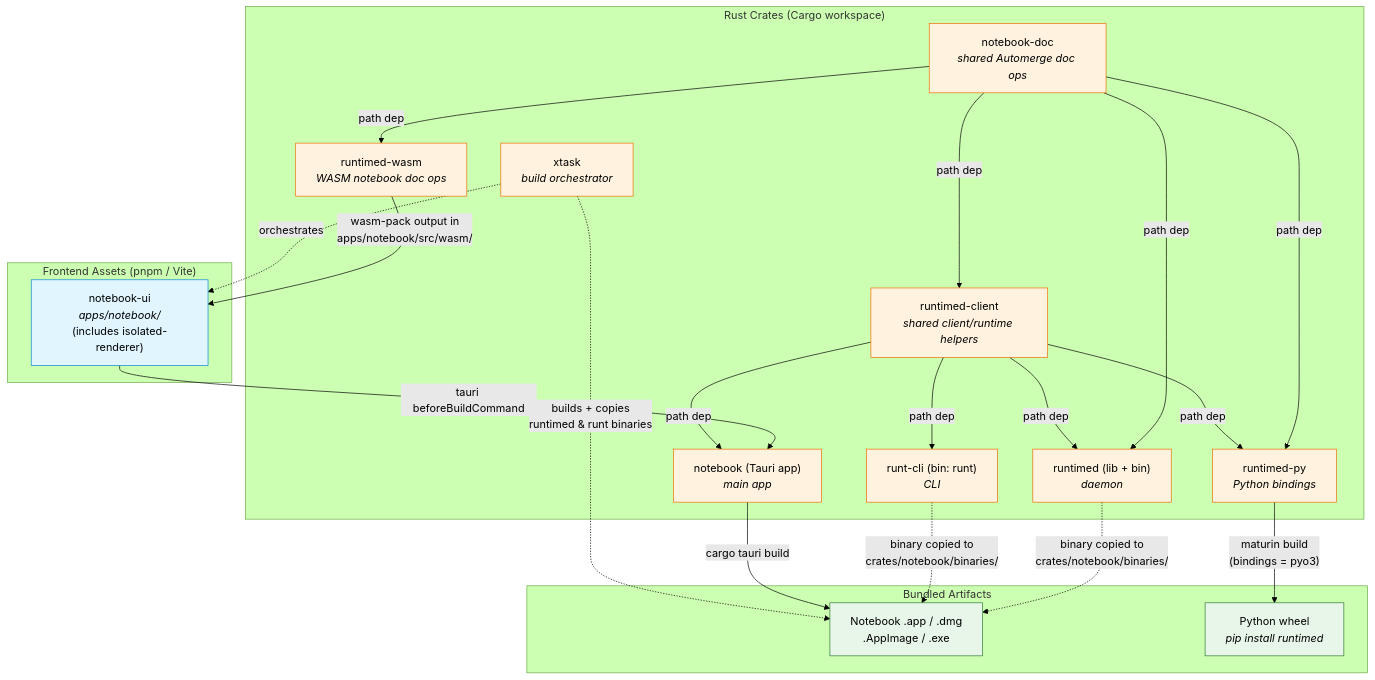
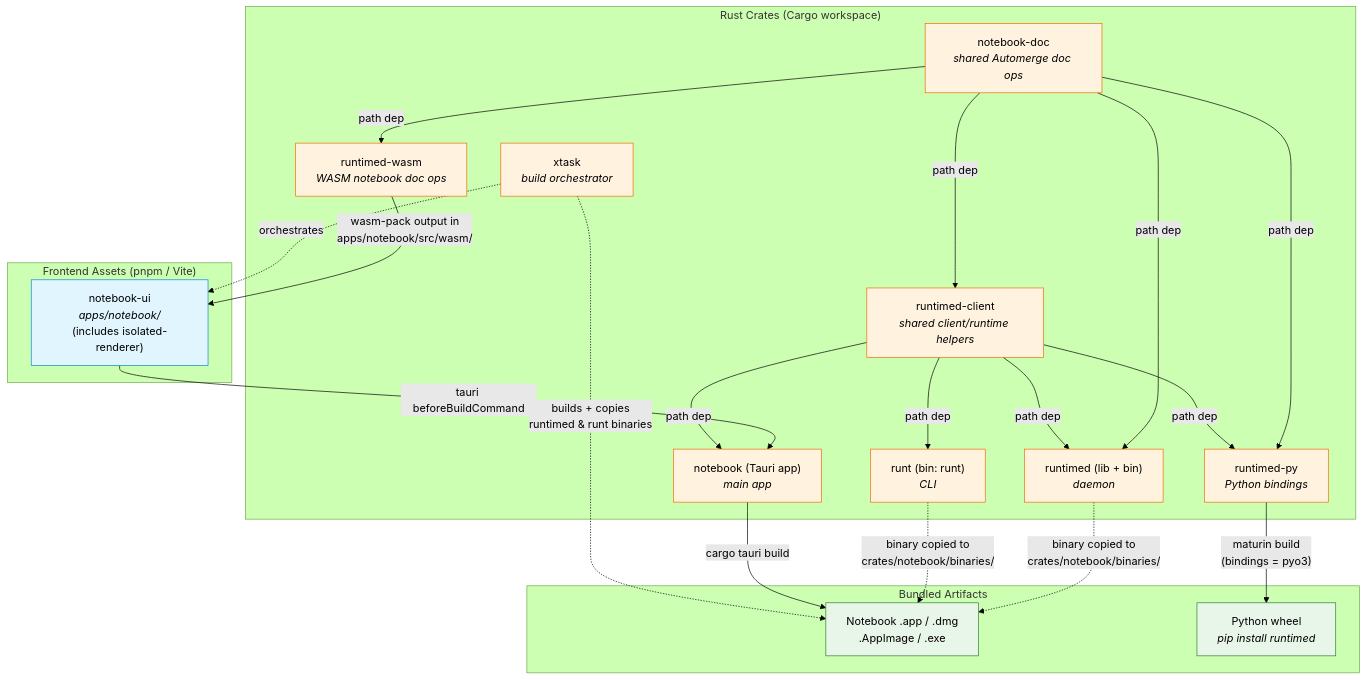
One commit to nteract/desktop changed the first of 3 diagrams in contributing/build-dependencies.md. Above: the diagram before and after it, drawn with Mermaid (forest theme). The commit also changed other lines of this file and 18 other files, not shown here.

First line of the commit message:
refactor: rename runt-cli package to runt

````diff
--- a/contributing/build-dependencies.md
+++ b/contributing/build-dependencies.md
@@ -14,56 +14,56 @@
 ```mermaid
 graph TD
     subgraph "Frontend Assets (pnpm / Vite)"
         NUI["notebook-ui<br/><i>apps/notebook/</i><br/>(includes isolated-renderer)"]
     end
 
     subgraph "Rust Crates (Cargo workspace)"
         ND["notebook-doc<br/><i>shared Automerge doc ops</i>"]
         RTC["runtimed-client<br/><i>shared client/runtime helpers</i>"]
         RD["runtimed (lib + bin)<br/><i>daemon</i>"]
-        RC["runt-cli (bin: runt)<br/><i>CLI</i>"]
+        RC["runt (bin: runt)<br/><i>CLI</i>"]
         NB["notebook (Tauri app)<br/><i>main app</i>"]
         XT["xtask<br/><i>build orchestrator</i>"]
         RWASM["runtimed-wasm<br/><i>WASM notebook doc ops</i>"]
         RDPY["runtimed-py<br/><i>Python bindings</i>"]
     end
 
     subgraph "Bundled Artifacts"
         APP["Notebook .app / .dmg<br/>.AppImage / .exe"]
         PY["Python wheel<br/><i>pip install runtimed</i>"]
     end
 
     %% Frontend → Rust compile-time dependencies
     NUI -->|"tauri beforeBuildCommand"| NB
     RWASM -->|"wasm-pack output in<br/>apps/notebook/src/wasm/"| NUI
 
     %% Rust crate dependencies (path deps in Cargo.toml)
     ND -->|"path dep"| RD
     ND -->|"path dep"| RWASM
     ND -->|"path dep"| RDPY
     ND -->|"path dep"| RTC
     RTC -->|"path dep"| NB
     RTC -->|"path dep"| RC
     RTC -->|"path dep"| RD
     RTC -->|"path dep"| RDPY
 
     %% External binary bundling (not a Cargo dep — a Tauri bundle dep)
     RD -.->|"binary copied to<br/>crates/notebook/binaries/"| APP
     RC -.->|"binary copied to<br/>crates/notebook/binaries/"| APP
     NB -->|"cargo tauri build"| APP
 
     %% Python package
     RDPY -->|"maturin build<br/>(bindings = pyo3)"| PY
 
     %% xtask orchestrates everything
     XT -.->|"orchestrates"| NUI
     XT -.->|"builds + copies<br/>runtimed & runt binaries"| APP
 
     classDef frontend fill:#e1f5fe,stroke:#0288d1
     classDef rust fill:#fff3e0,stroke:#ef6c00
     classDef artifact fill:#e8f5e9,stroke:#2e7d32
 
     class NUI frontend
     class ND,RTC,RD,RC,NB,XT,RWASM,RDPY rust
     class APP,PY artifact
 ```
````
